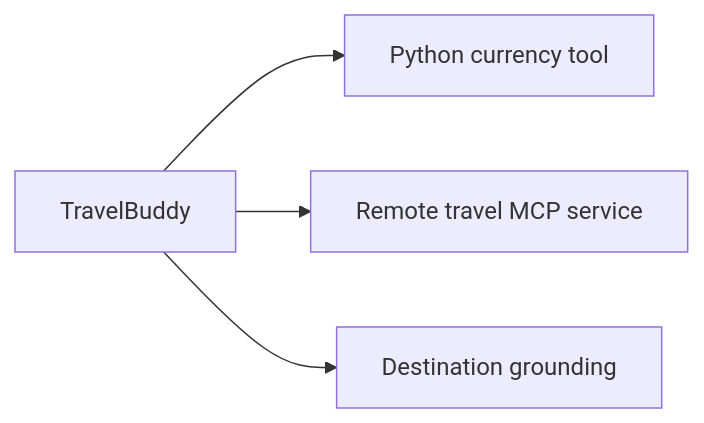
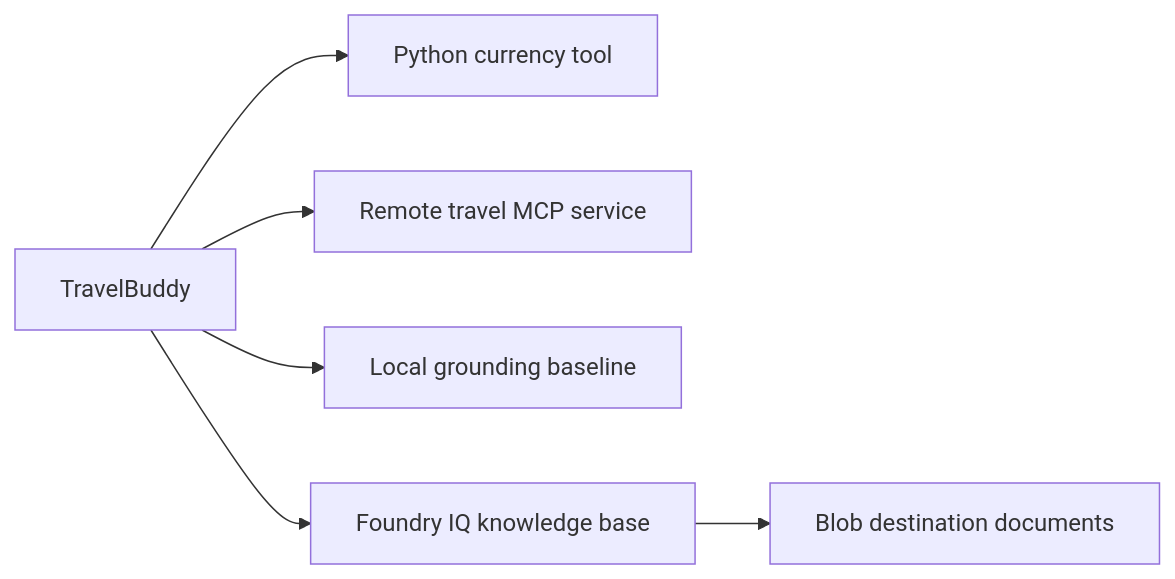
Before and after one commit to tmathew1000/foundry-multi-agent-developer-lab: the diagram in docs/02-tools-grounding.md, drawn with Mermaid. The commit also changed other lines of this file and 37 other files, not shown here.

First line of the commit message:
feat: add Foundry IQ knowledge integration

````diff
--- a/docs/02-tools-grounding.md
+++ b/docs/02-tools-grounding.md
@@ -23,6 +24,8 @@
 ```mermaid
 flowchart LR
     A[TravelBuddy] --> F[Python currency tool]
     A --> M[Remote travel MCP service]
-    A --> G[Destination grounding]
+    A --> L[Local grounding baseline]
+    A --> IQ[Foundry IQ knowledge base]
+    IQ --> B[Blob destination documents]
 ```
````
